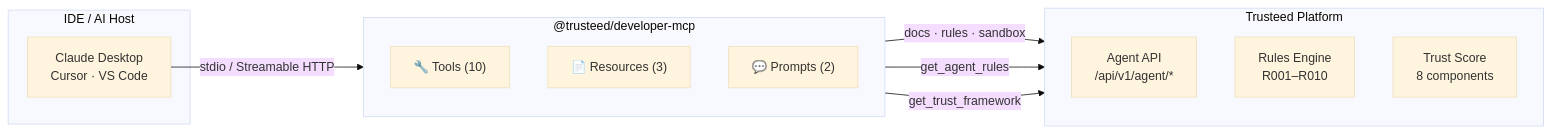
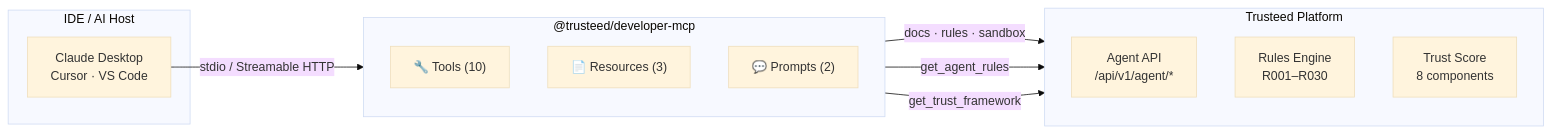
One commit to Trusteedxyz/trusteed-developer-mcp changed the first of 3 diagrams in README.md. Above: the diagram before and after it, drawn with Mermaid (base theme). The commit also changed other lines of this file and 1 other file, not shown here.

````diff
--- a/README.md
+++ b/README.md
@@ -77,25 +77,25 @@
 ```mermaid
 flowchart LR
     subgraph IDE["IDE / AI Host"]
         CD["Claude Desktop\nCursor · VS Code"]
     end
 
     subgraph MCP["@trusteed/developer-mcp"]
         direction TB
         T1["🔧 Tools (10)"]
         R1["📄 Resources (3)"]
         P1["💬 Prompts (2)"]
     end
 
     subgraph API["Trusteed Platform"]
         direction TB
         AG["Agent API\n/api/v1/agent/*"]
-        RP["Rules Engine\nR001–R010"]
+        RP["Rules Engine\nR001–R030"]
         TS["Trust Score\n8 components"]
     end
 
     CD -- "stdio / Streamable HTTP" --> MCP
     T1 -- "docs · rules · sandbox" --> AG
     T1 -- "get_agent_rules" --> RP
     T1 -- "get_trust_framework" --> TS
 ```
````
